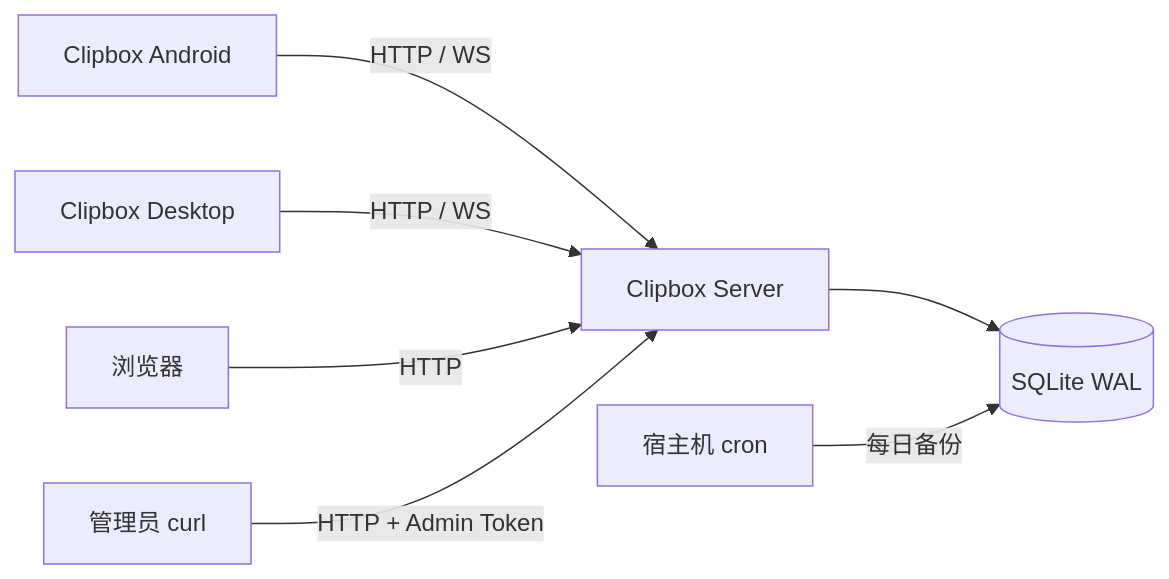
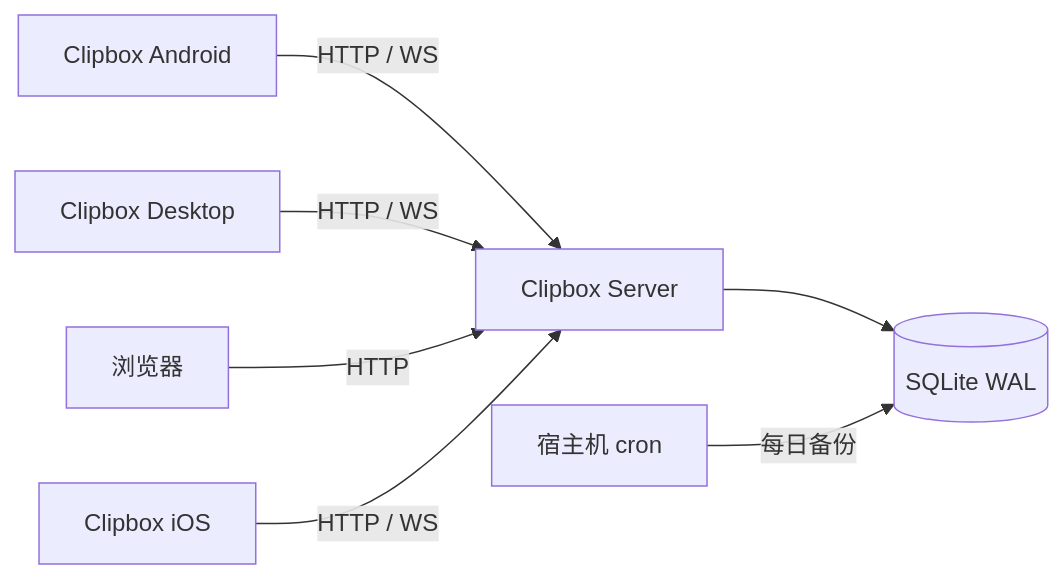
One commit to xingfengwxx/Clipbox changed the first of 8 diagrams in docs/服务端技术架构.md. Above: the diagram before and after it, drawn with Mermaid. The commit also changed other lines of this file and 25 other files, not shown here.

````diff
--- a/docs/服务端技术架构.md
+++ b/docs/服务端技术架构.md
@@ -49,9 +49,9 @@
 ```mermaid
 flowchart LR
     Android[Clipbox Android] -->|HTTP / WS| Server[Clipbox Server]
     Desktop[Clipbox Desktop] -->|HTTP / WS| Server
     Browser[浏览器] -->|HTTP| Server
-    Admin[管理员 curl] -->|HTTP + Admin Token| Server
+    iOS[Clipbox iOS] -->|HTTP / WS| Server
     Server --> SQLite[(SQLite WAL)]
     Host[宿主机 cron] -->|每日备份| SQLite
 ```
````
